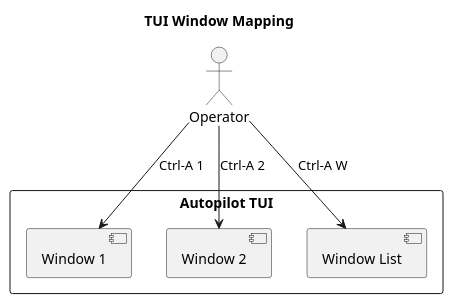
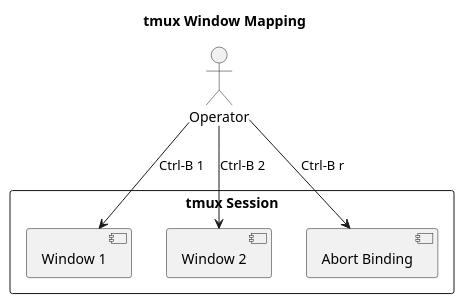
Before and after one commit to virtioso/autopilot: the diagram in docs/diagrams/tui-windows.puml, drawn with PlantUML. The commit also changed 7 other files, not shown here.

Commit message:
docs: migrate ui/operator docs and diagrams to tmux-native model

```diff
--- a/docs/diagrams/tui-windows.puml
+++ b/docs/diagrams/tui-windows.puml
@@ -1,15 +1,15 @@
 @startuml
-title TUI Window Mapping
+title tmux Window Mapping
 
 actor Operator
-rectangle "Autopilot TUI" {
+rectangle "tmux Session" {
   component "Window 1" as w1
   component "Window 2" as w2
-  component "Window List" as wl
+  component "Abort Binding" as ab
 }
 
-Operator --> w1 : Ctrl-A 1
-Operator --> w2 : Ctrl-A 2
-Operator --> wl : Ctrl-A W
+Operator --> w1 : Ctrl-B 1
+Operator --> w2 : Ctrl-B 2
+Operator --> ab : Ctrl-B r
 
 @enduml
```
